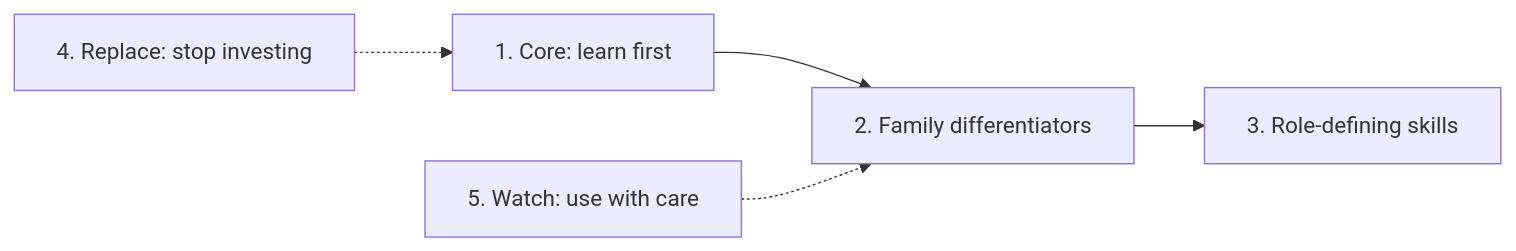
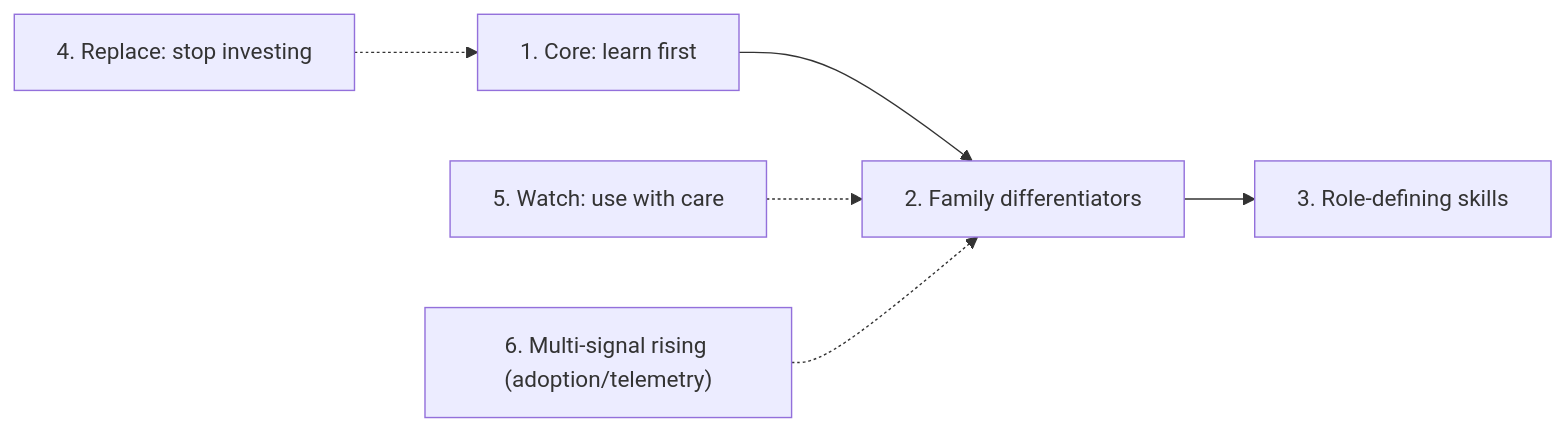
One commit to bhaskarjha-dev/genai-career changed the diagram in career/03-skills-and-tech/skills-radar.md. Above: the diagram before and after it, drawn with Mermaid. The commit also changed other lines of this file and 41 other files, not shown here.

First line of the commit message:
feat(skills): integrate RP2 skills ontology, momentum view, roadmaps and portfolio standards

````diff
--- a/career/03-skills-and-tech/skills-radar.md
+++ b/career/03-skills-and-tech/skills-radar.md
@@ -38,6 +39,7 @@
 ```mermaid
 flowchart LR
   core["1. Core: learn first"] --> fam["2. Family differentiators"] --> role["3. Role-defining skills"]
   replace["4. Replace: stop investing"] -.-> core
   watch["5. Watch: use with care"] -.-> fam
+  mom["6. Multi-signal rising (adoption/telemetry)"] -.-> fam
 ```
````
